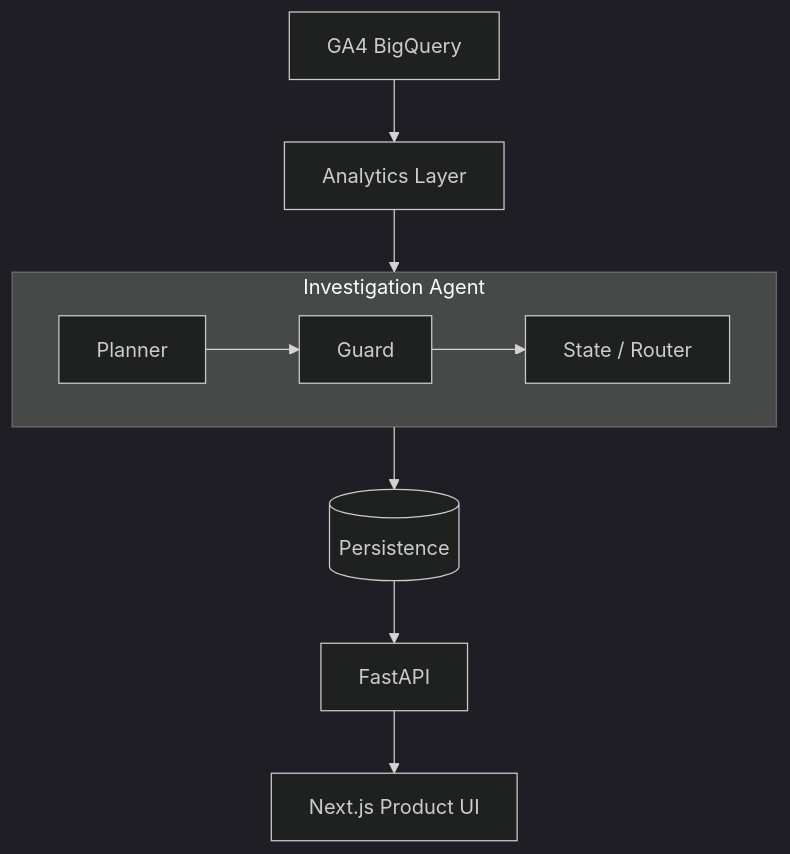
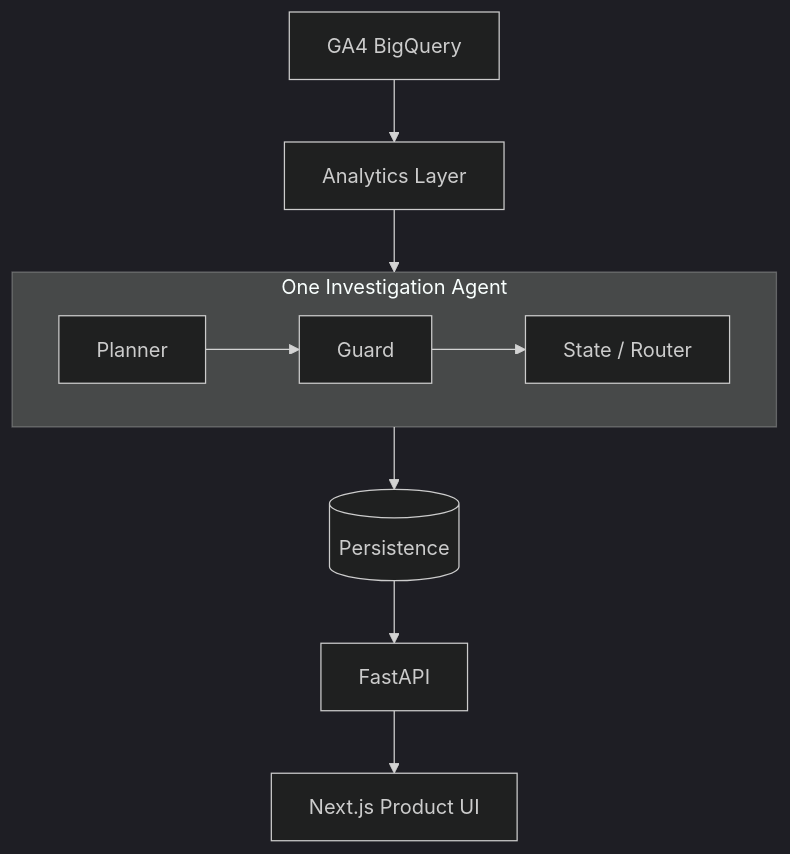
One commit to rui545699-lab/pulseops changed the second of 2 diagrams in README.md. Above: the diagram before and after it, drawn with Mermaid (dark theme). The commit also changed other lines of this file and 45 other files, not shown here.

````diff
--- a/README.md
+++ b/README.md
@@ -158,15 +181,15 @@
 ```mermaid
 flowchart TD
     A[GA4 BigQuery] --> B[Analytics Layer]
     B --> C
 
-    subgraph C[Investigation Agent]
+    subgraph C[One Investigation Agent]
         direction LR
         P[Planner] --> G[Guard]
         G --> S[State / Router]
     end
 
     C --> D[(Persistence)]
     D --> E[FastAPI]
     E --> F[Next.js Product UI]
 ```
````
